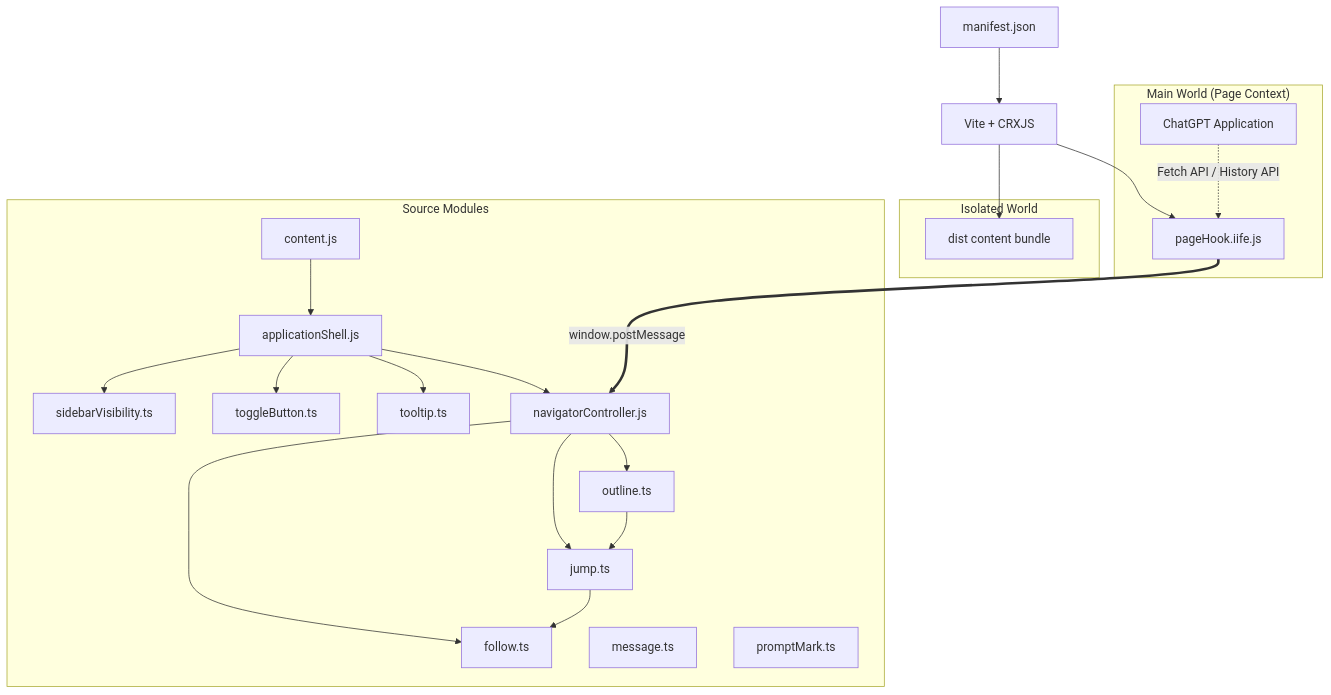
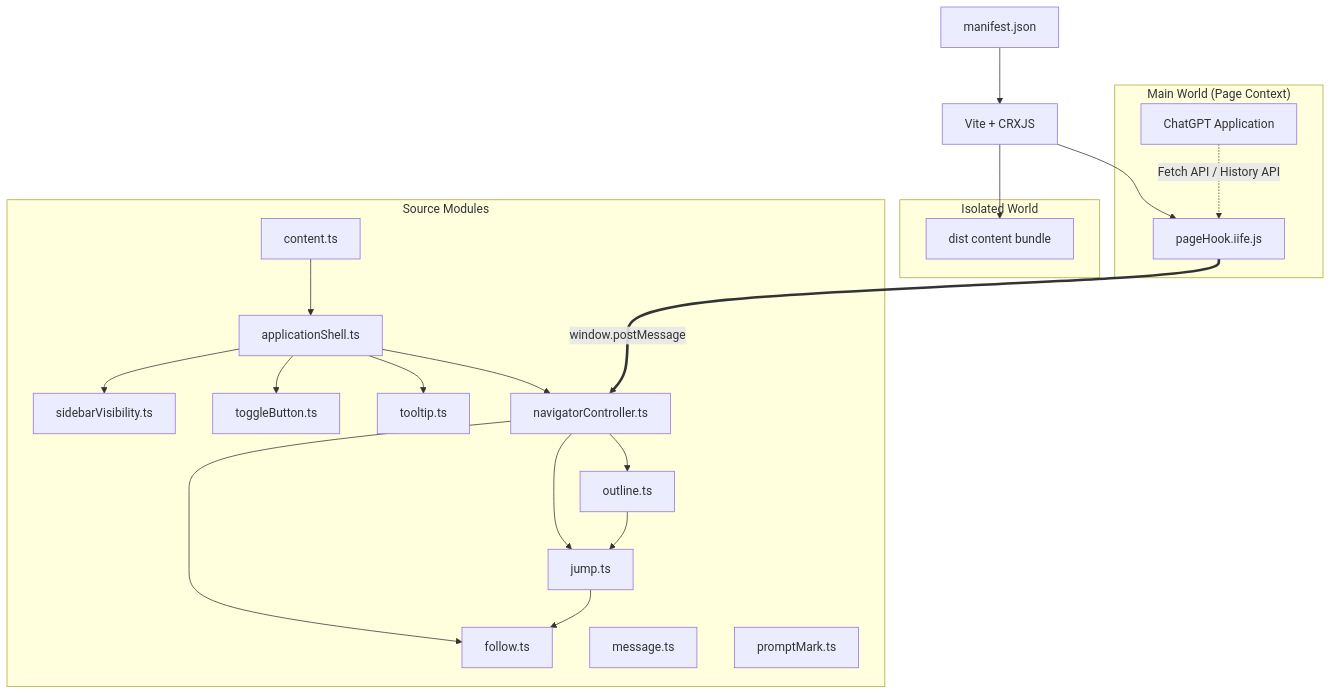
The diagram in docs/ARCHITECTURE.md (Leo7805/luna-toc), drawn with Mermaid before and after one commit. The commit also changed other lines of this file and 9 other files, not shown here.

Commit message:
refactor: migrate content application layer to TypeScript

````diff
--- a/docs/ARCHITECTURE.md
+++ b/docs/ARCHITECTURE.md
@@ -15,44 +15,44 @@
 ```mermaid
 graph TD
     manifest[manifest.json]
     vite[Vite + CRXJS]
 
     subgraph sourceModules["Source Modules"]
-        content[content.js]
+        content[content.ts]
         outline[outline.ts]
         follow[follow.ts]
         jump[jump.ts]
         msg[message.ts]
         mark[promptMark.ts]
         vis[sidebarVisibility.ts]
         btn[toggleButton.ts]
         tip[tooltip.ts]
-        navigator[navigatorController.js]
-        shell[applicationShell.js]
+        navigator[navigatorController.ts]
+        shell[applicationShell.ts]
     end
 
     subgraph isolatedWorld["Isolated World"]
         contentBundle[dist content bundle]
     end
 
     subgraph mainWorld["Main World (Page Context)"]
         hook[pageHook.iife.js]
         chatgpt[ChatGPT Application]
     end
 
     manifest --> vite
     content --> shell
     shell --> navigator
     shell --> vis
     shell --> btn
     shell --> tip
     navigator --> outline
     navigator --> jump
     navigator --> follow
     outline --> jump
     jump --> follow
     vite --> contentBundle
     vite --> hook
     hook ===>|window.postMessage| navigator
     chatgpt -.->|Fetch API / History API| hook
 ```
````
